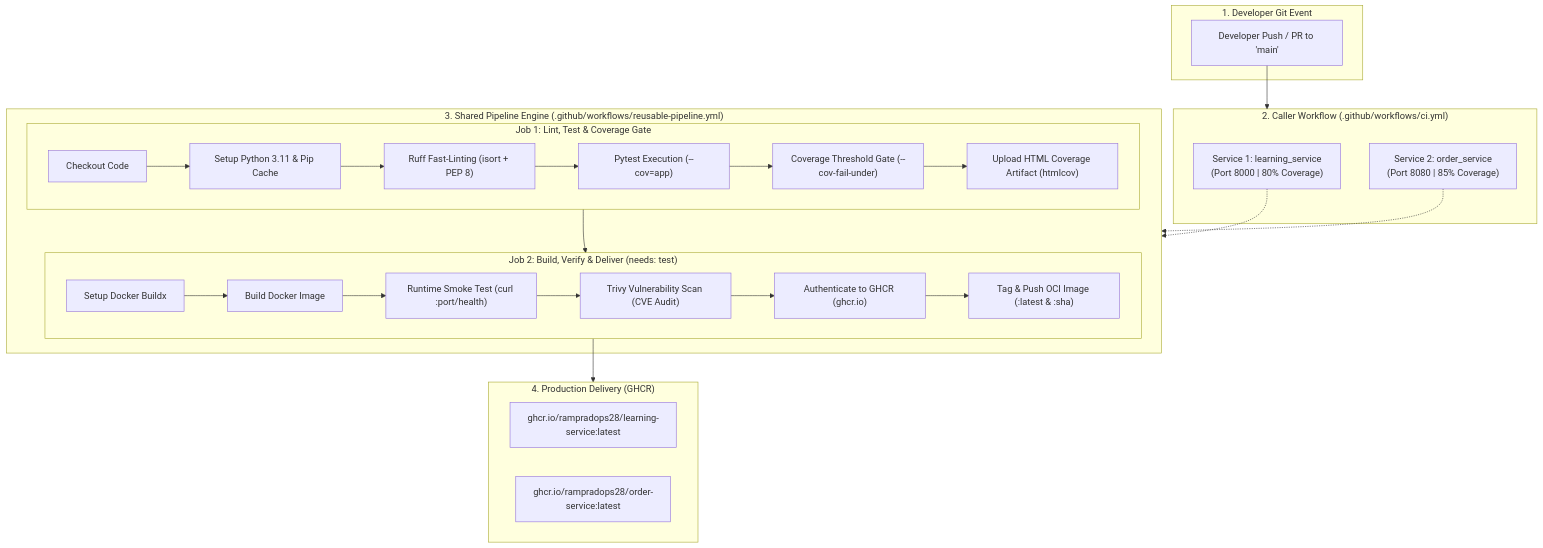
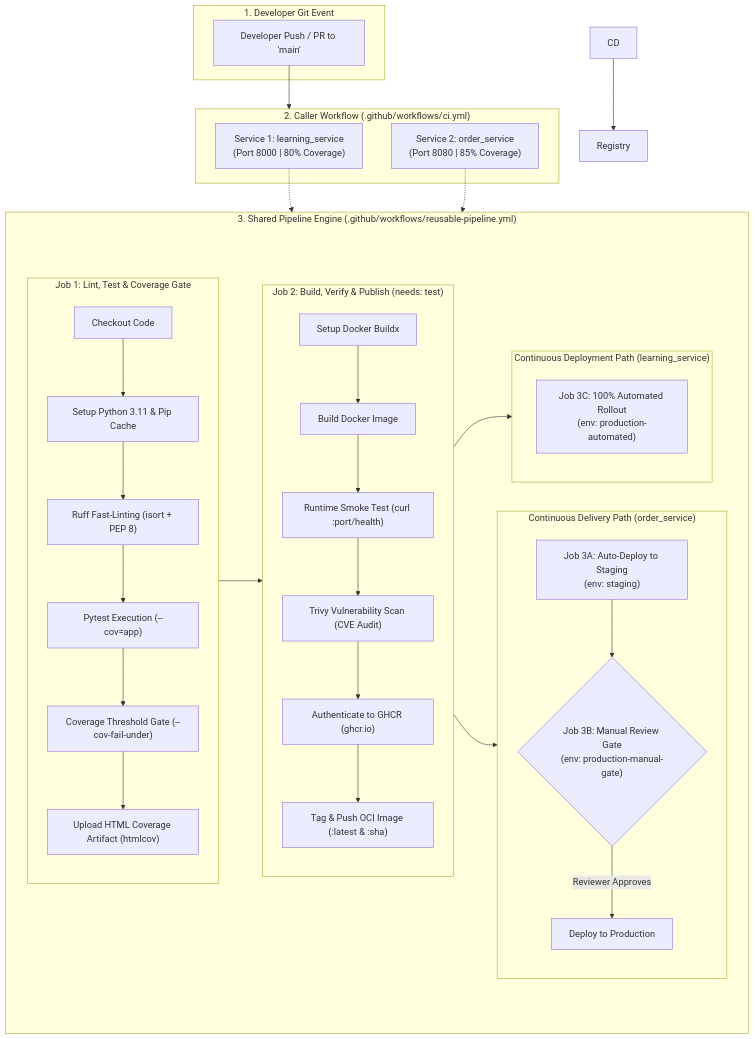
The diagram in docs/CICD_PIPELINE_GUIDE.md (rampradops28/CI_CD_Pipeline), drawn with Mermaid before and after one commit. The commit also changed other lines of this file and 1 other file, not shown here.

Commit message:
docs: document Continuous Delivery vs Continuous Deployment architecture and manual approval gate

````diff
--- a/docs/CICD_PIPELINE_GUIDE.md
+++ b/docs/CICD_PIPELINE_GUIDE.md
@@ -14,41 +14,47 @@
 ```mermaid
 flowchart TD
     subgraph Trigger["1. Developer Git Event"]
         DEV["Developer Push / PR to 'main'"]
     end
 
     subgraph Orchestrator["2. Caller Workflow (.github/workflows/ci.yml)"]
         JOB1["Service 1: learning_service<br>(Port 8000 | 80% Coverage)"]
         JOB2["Service 2: order_service<br>(Port 8080 | 85% Coverage)"]
     end
 
     subgraph Engine["3. Shared Pipeline Engine (.github/workflows/reusable-pipeline.yml)"]
         subgraph CI["Job 1: Lint, Test & Coverage Gate"]
             C1["Checkout Code"] --> C2["Setup Python 3.11 & Pip Cache"]
             C2 --> C3["Ruff Fast-Linting (isort + PEP 8)"]
             C3 --> C4["Pytest Execution (--cov=app)"]
             C4 --> C5["Coverage Threshold Gate (--cov-fail-under)"]
             C5 --> C6["Upload HTML Coverage Artifact (htmlcov)"]
         end
 
-        subgraph CD["Job 2: Build, Verify & Deliver (needs: test)"]
+        subgraph CD_BUILD["Job 2: Build, Verify & Publish (needs: test)"]
             B1["Setup Docker Buildx"] --> B2["Build Docker Image"]
             B2 --> B3["Runtime Smoke Test (curl :port/health)"]
             B3 --> B4["Trivy Vulnerability Scan (CVE Audit)"]
             B4 --> B5["Authenticate to GHCR (ghcr.io)"]
             B5 --> B6["Tag & Push OCI Image (:latest & :sha)"]
         end
 
-        CI --> CD
-    end
+        subgraph PATH_DELIVERY["Continuous Delivery Path (order_service)"]
+            D1["Job 3A: Auto-Deploy to Staging<br>(env: staging)"] --> D2{"Job 3B: Manual Review Gate<br>(env: production-manual-gate)"}
+            D2 -->|"Reviewer Approves"| D3["Deploy to Production"]
+        end
 
-    subgraph Registry["4. Production Delivery (GHCR)"]
-        P1["ghcr.io/rampradops28/learning-service:latest"]
-        P2["ghcr.io/rampradops28/order-service:latest"]
+        subgraph PATH_DEPLOYMENT["Continuous Deployment Path (learning_service)"]
+            DP1["Job 3C: 100% Automated Rollout<br>(env: production-automated)"]
+        end
+
+        CI --> CD_BUILD
+        CD_BUILD --> PATH_DELIVERY
+        CD_BUILD --> PATH_DEPLOYMENT
     end
 
     DEV --> Orchestrator
     JOB1 -.-> Engine
     JOB2 -.-> Engine
     CD --> Registry
 ```
````
